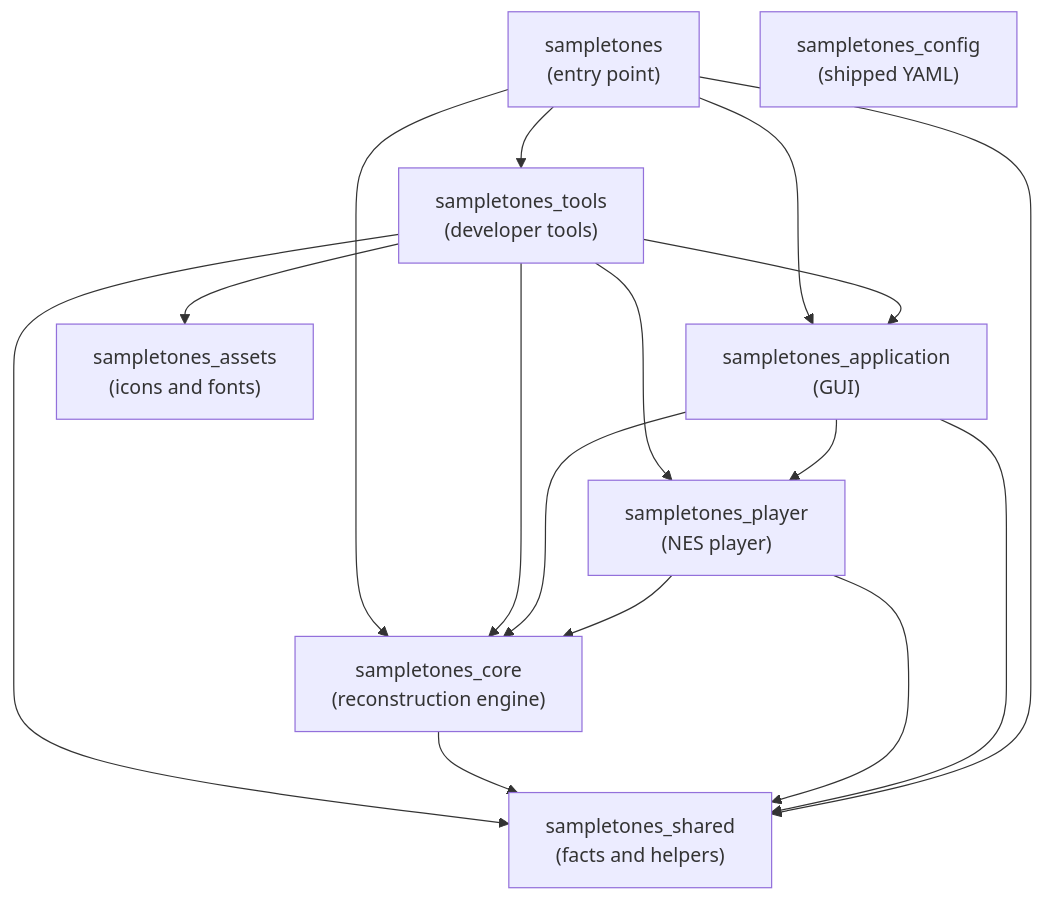
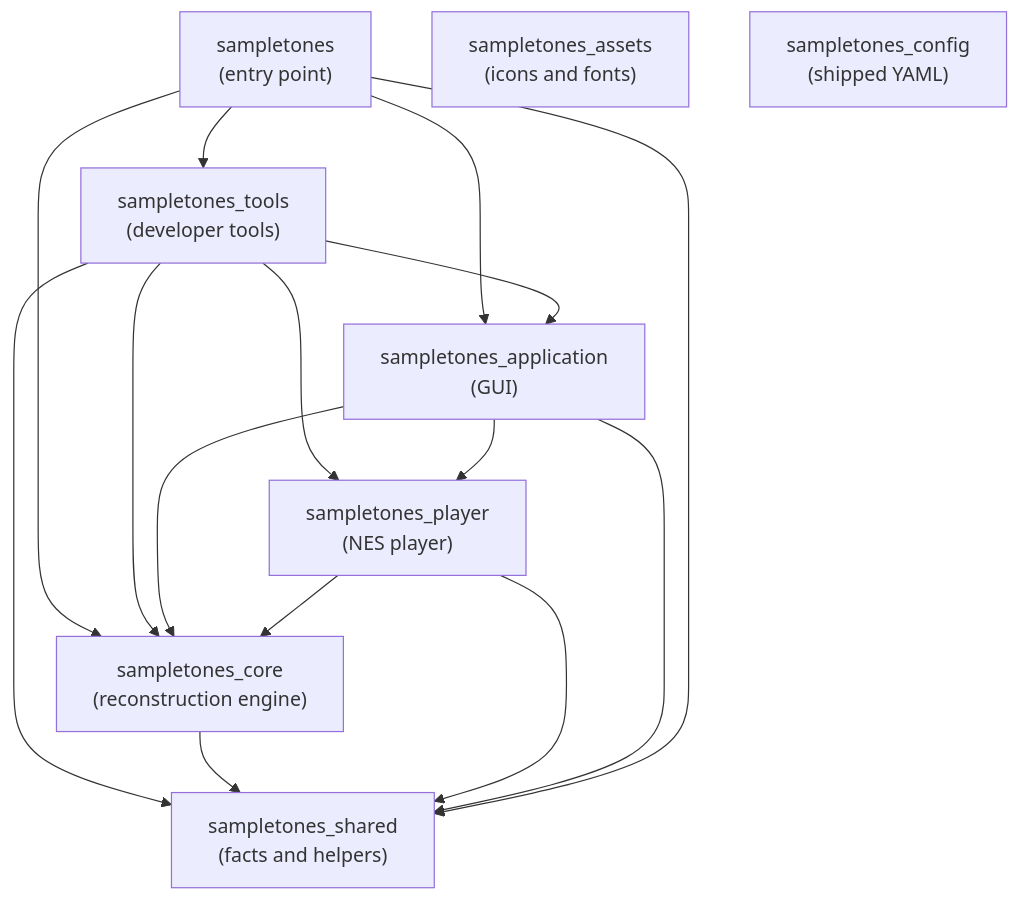
The diagram in docs/development/packages.md (JakimPL/SampleToNES), drawn with Mermaid before and after one commit. The commit also changed other lines of this file and 56 other files, not shown here.

````diff
--- a/docs/development/packages.md
+++ b/docs/development/packages.md
@@ -17,27 +17,26 @@
 ```mermaid
 graph TD
     ENTRY["sampletones\n(entry point)"]
     TOOLS["sampletones_tools\n(developer tools)"]
     APP["sampletones_application\n(GUI)"]
     PLAYER["sampletones_player\n(NES player)"]
     CORE["sampletones_core\n(reconstruction engine)"]
     ASSETS["sampletones_assets\n(icons and fonts)"]
     SHARED["sampletones_shared\n(facts and helpers)"]
     CONFIG["sampletones_config\n(shipped YAML)"]
 
     ENTRY --> APP
     ENTRY --> CORE
     ENTRY --> TOOLS
     TOOLS --> APP
     TOOLS --> PLAYER
     TOOLS --> CORE
-    TOOLS --> ASSETS
     TOOLS --> SHARED
     APP --> PLAYER
     APP --> CORE
     PLAYER --> CORE
     CORE --> SHARED
     PLAYER --> SHARED
     APP --> SHARED
     ENTRY --> SHARED
 ```
````
